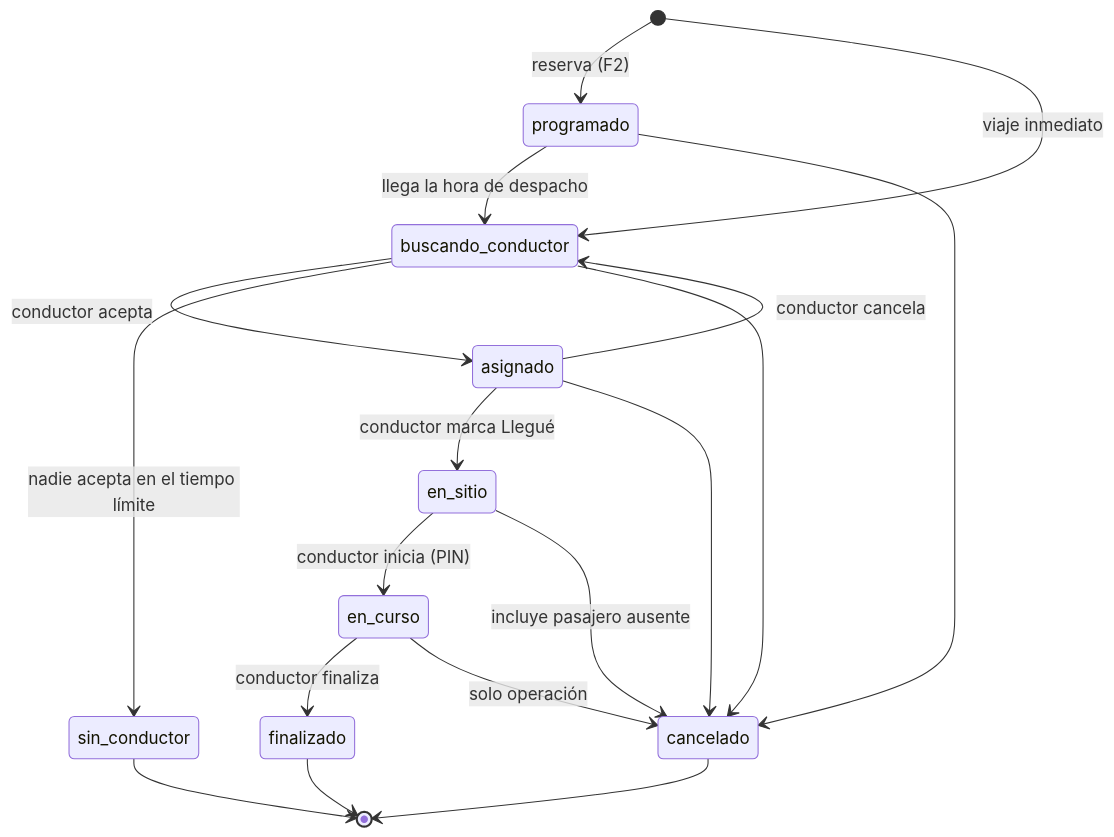
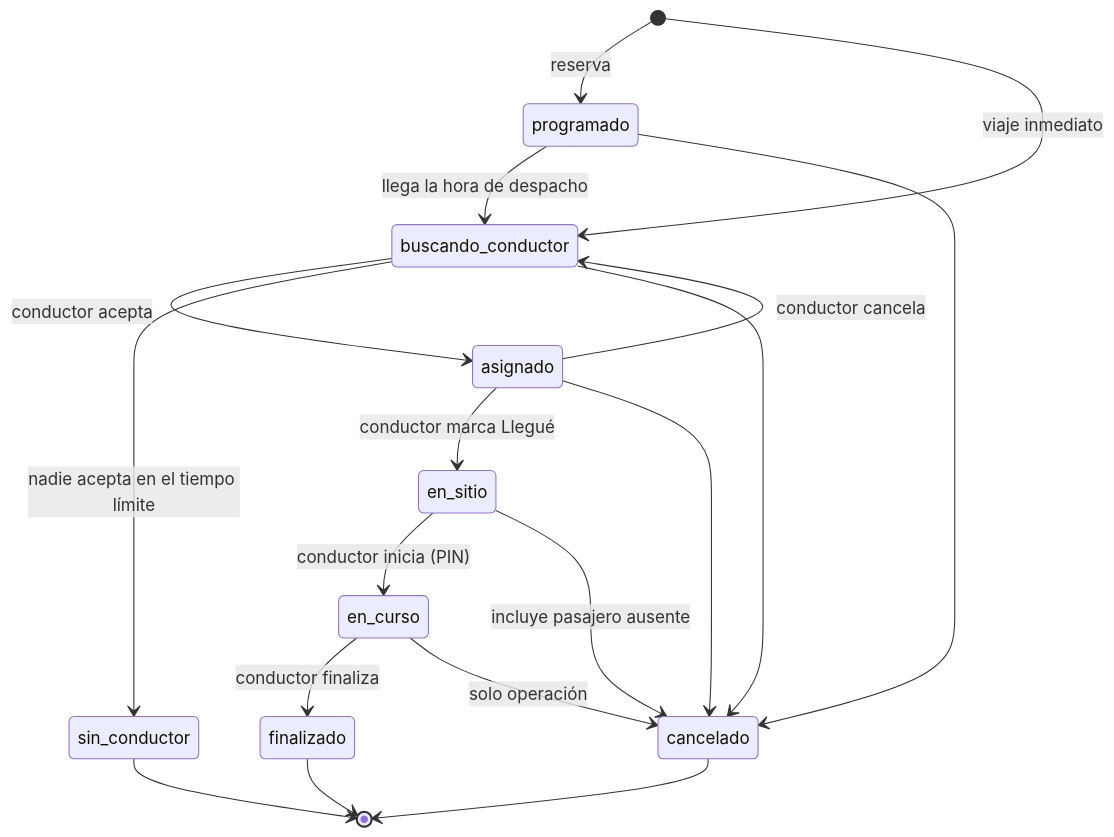
Before and after one commit to victorquintero0/transportaya: the first of 7 diagrams in docs/07-flujos-principales.md, drawn with Mermaid. The commit also changed other lines of this file and 56 other files, not shown here.

````diff
--- a/docs/07-flujos-principales.md
+++ b/docs/07-flujos-principales.md
@@ -8,20 +8,20 @@
 ```mermaid
 stateDiagram-v2
-    [*] --> programado: reserva (F2)
+    [*] --> programado: reserva
     [*] --> buscando_conductor: viaje inmediato
     programado --> buscando_conductor: llega la hora de despacho
     buscando_conductor --> asignado: conductor acepta
     buscando_conductor --> sin_conductor: nadie acepta en el tiempo límite
     asignado --> buscando_conductor: conductor cancela
     asignado --> en_sitio: conductor marca Llegué
     en_sitio --> en_curso: conductor inicia (PIN)
     en_curso --> finalizado: conductor finaliza
     programado --> cancelado
     buscando_conductor --> cancelado
     asignado --> cancelado
     en_sitio --> cancelado: incluye pasajero ausente
     en_curso --> cancelado: solo operación
     finalizado --> [*]
     cancelado --> [*]
     sin_conductor --> [*]
 ```
````
